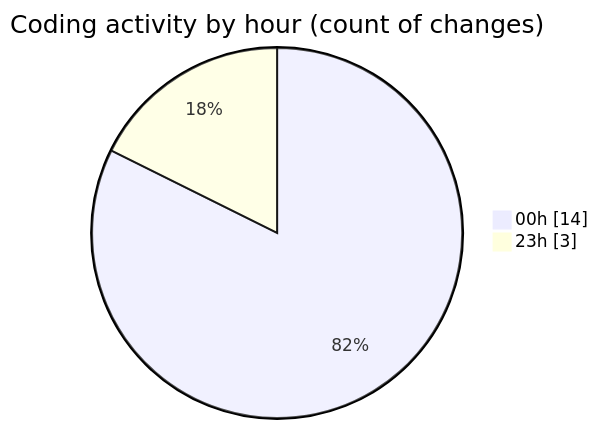
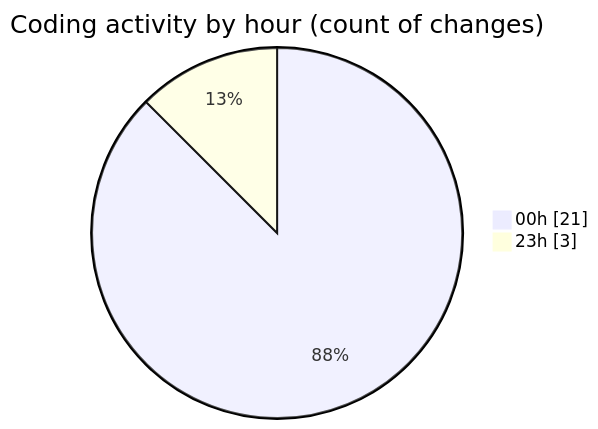
One commit to momahboobian/code-tracking changed the second of 2 diagrams in 2026-04-10/cda/README.md. Above: the diagram before and after it, drawn with Mermaid. The commit also changed other lines of this file and 1 other file, not shown here.

````diff
--- a/2026-04-10/cda/README.md
+++ b/2026-04-10/cda/README.md
@@ -28,6 +28,6 @@
 ```mermaid
 pie showData
 title Coding activity by hour (count of changes)
-"00h" : 14
+"00h" : 21
 "23h" : 3
 ```
````
